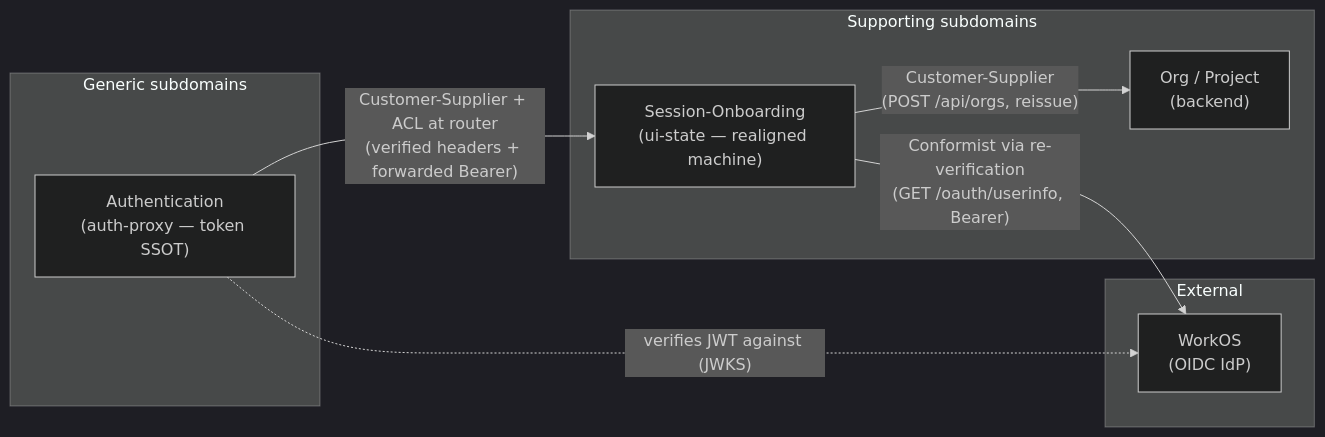
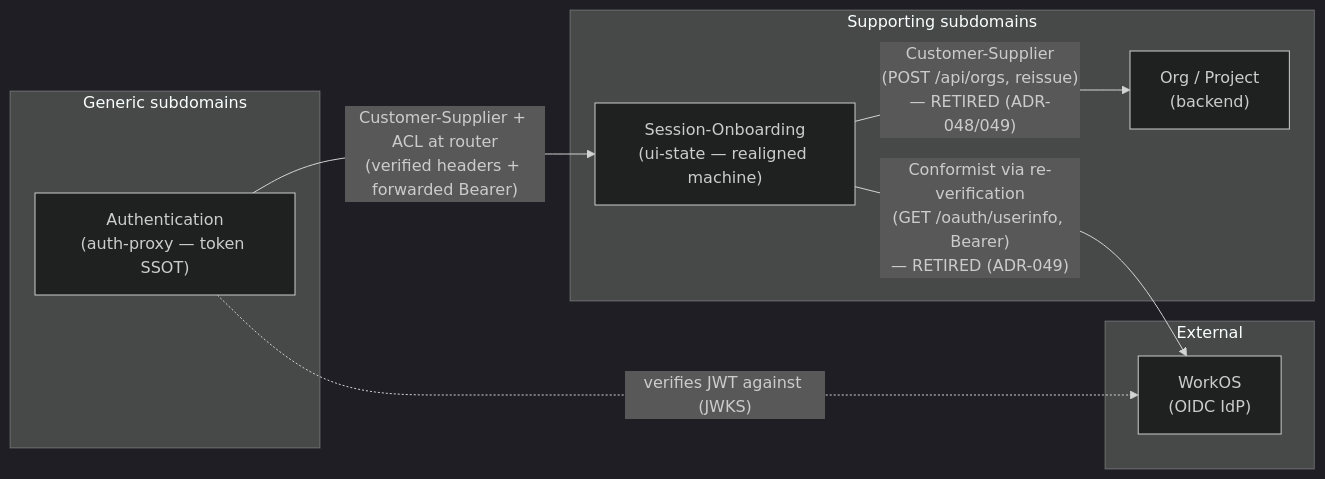
The first of 2 diagrams in docs/product/architecture/brief.md (jzallen/dashboard-chat), drawn with Mermaid (dark theme) before and after one commit. The commit also changed other lines of this file and 2 other files, not shown here.

First line of the commit message:
docs(client-driven-onboarding): domain-scope DESIGN pass — ADR-049 client-reported outcome event model

````diff
--- a/docs/product/architecture/brief.md
+++ b/docs/product/architecture/brief.md
@@ -161,18 +166,18 @@
 ```mermaid
 flowchart LR
     subgraph external["External"]
         WORKOS["WorkOS<br/>(OIDC IdP)"]
     end
     subgraph generic["Generic subdomains"]
         AUTH["Authentication<br/>(auth-proxy — token SSOT)"]
     end
     subgraph supporting["Supporting subdomains"]
         SO["Session-Onboarding<br/>(ui-state — realigned machine)"]
         ORG["Org / Project<br/>(backend)"]
     end
 
     AUTH -->|"Customer-Supplier + ACL at router<br/>(verified headers + forwarded Bearer)"| SO
-    SO -->|"Conformist via re-verification<br/>(GET /oauth/userinfo, Bearer)"| WORKOS
-    SO -->|"Customer-Supplier<br/>(POST /api/orgs, reissue)"| ORG
+    SO -->|"Conformist via re-verification<br/>(GET /oauth/userinfo, Bearer)<br/>— RETIRED (ADR-049)"| WORKOS
+    SO -->|"Customer-Supplier<br/>(POST /api/orgs, reissue)<br/>— RETIRED (ADR-048/049)"| ORG
     AUTH -.->|"verifies JWT against (JWKS)"| WORKOS
 ```
````
